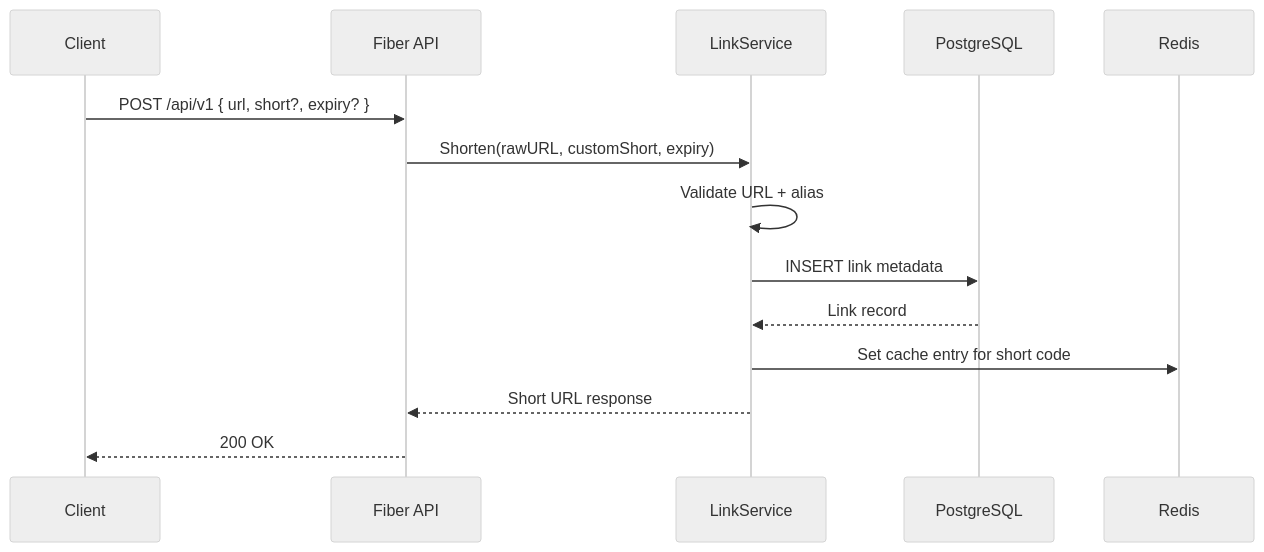
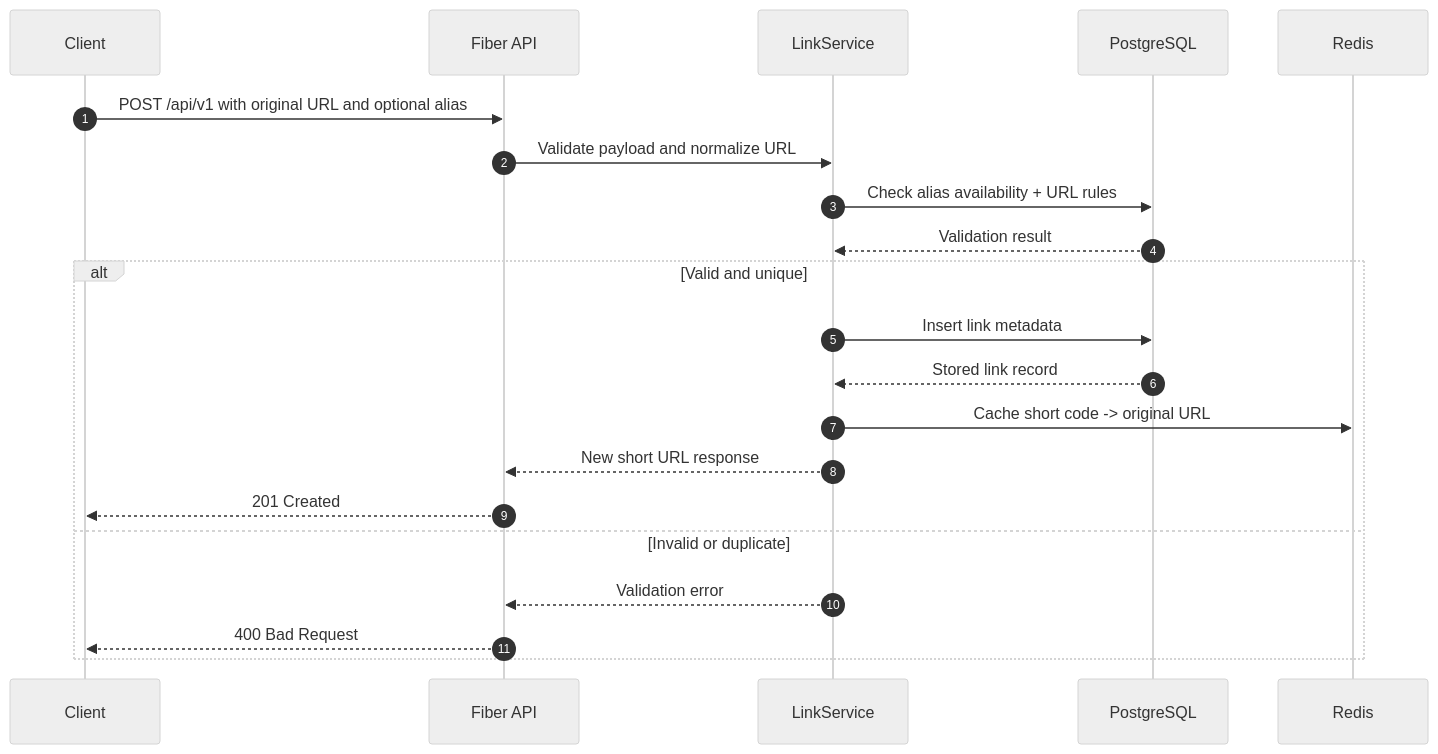
Before and after one commit to aviraltrip/URL-Shortener: the second of 3 diagrams in README.md, drawn with Mermaid (neutral theme). The commit also changed other lines of this file, not shown here.

First line of the commit message:
Revise sequence diagrams in README

````diff
--- a/README.md
+++ b/README.md
@@ -43,17 +43,25 @@
 ```mermaid
 sequenceDiagram
+    autonumber
     participant C as Client
     participant A as Fiber API
     participant S as LinkService
     participant D as PostgreSQL
     participant R as Redis
 
-    C->>A: POST /api/v1 { url, short?, expiry? }
-    A->>S: Shorten(rawURL, customShort, expiry)
-    S->>S: Validate URL + alias
-    S->>D: INSERT link metadata
-    D-->>S: Link record
-    S->>R: Set cache entry for short code
-    S-->>A: Short URL response
-    A-->>C: 200 OK
+    C->>A: POST /api/v1 with original URL and optional alias
+    A->>S: Validate payload and normalize URL
+    S->>D: Check alias availability + URL rules
+    D-->>S: Validation result
+
+    alt Valid and unique
+        S->>D: Insert link metadata
+        D-->>S: Stored link record
+        S->>R: Cache short code -> original URL
+        S-->>A: New short URL response
+        A-->>C: 201 Created
+    else Invalid or duplicate
+        S-->>A: Validation error
+        A-->>C: 400 Bad Request
+    end
 ```
````
